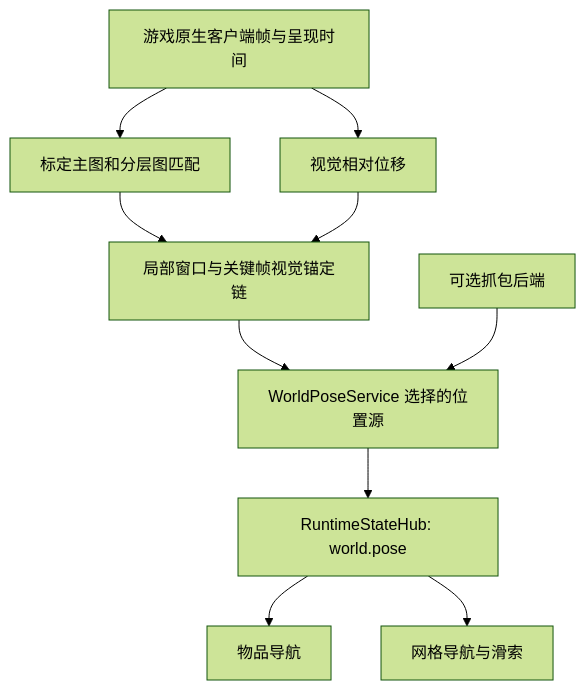
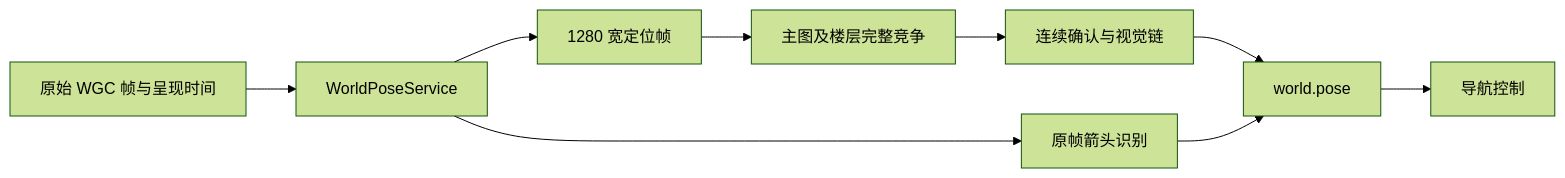
Before and after one commit to AliceJump/ok-end-field: the diagram in docs/dev/小地图定位.md, drawn with Mermaid (forest theme). The commit also changed other lines of this file and 81 other files, not shown here.

````diff
--- a/docs/dev/小地图定位.md
+++ b/docs/dev/小地图定位.md
@@ -38,12 +25,11 @@
 ```mermaid
-flowchart TD
-    FRAME[游戏原生客户端帧与呈现时间] --> MATCH[标定主图和分层图匹配]
-    FRAME --> ODOM[视觉相对位移]
-    MATCH --> CHAIN[局部窗口与关键帧视觉锚定链]
-    ODOM --> CHAIN
-    CHAIN --> SERVICE[WorldPoseService 选择的位置源]
-    PACKET[可选抓包后端] --> SERVICE
-    SERVICE --> HUB[RuntimeStateHub: world.pose]
-    HUB --> ITEM[物品导航]
-    HUB --> NAV[网格导航与滑索]
+flowchart LR
+    WGC[原始 WGC 帧与呈现时间] --> SERVICE[WorldPoseService]
+    SERVICE --> FRAME[1280 宽定位帧]
+    FRAME --> SEARCH[主图及楼层完整竞争]
+    SEARCH --> SOURCE[连续确认与视觉链]
+    SOURCE --> HUB[world.pose]
+    HUB --> NAV[导航控制]
+    SERVICE --> ARROW[原帧箭头识别]
+    ARROW --> HUB
 ```
````
